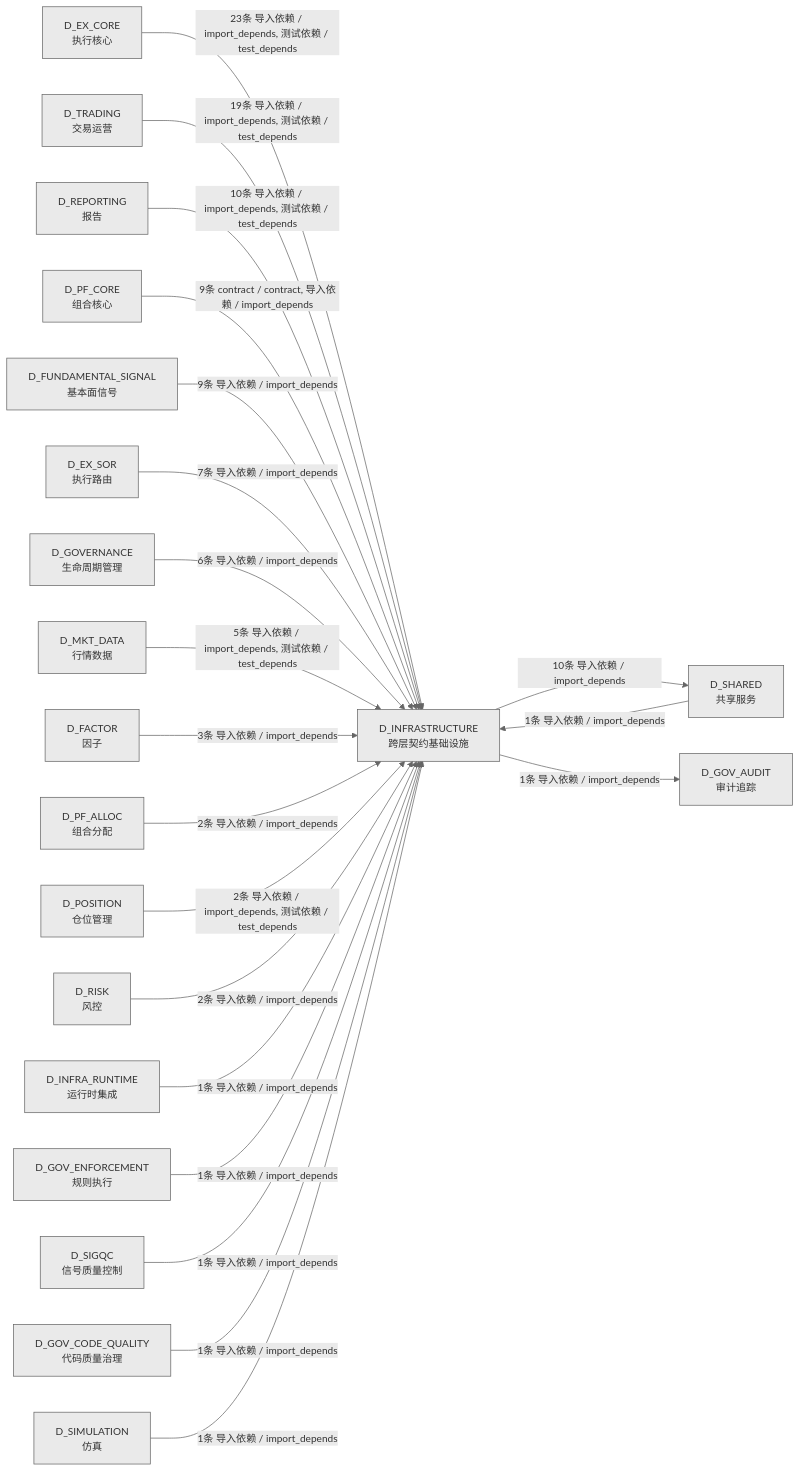
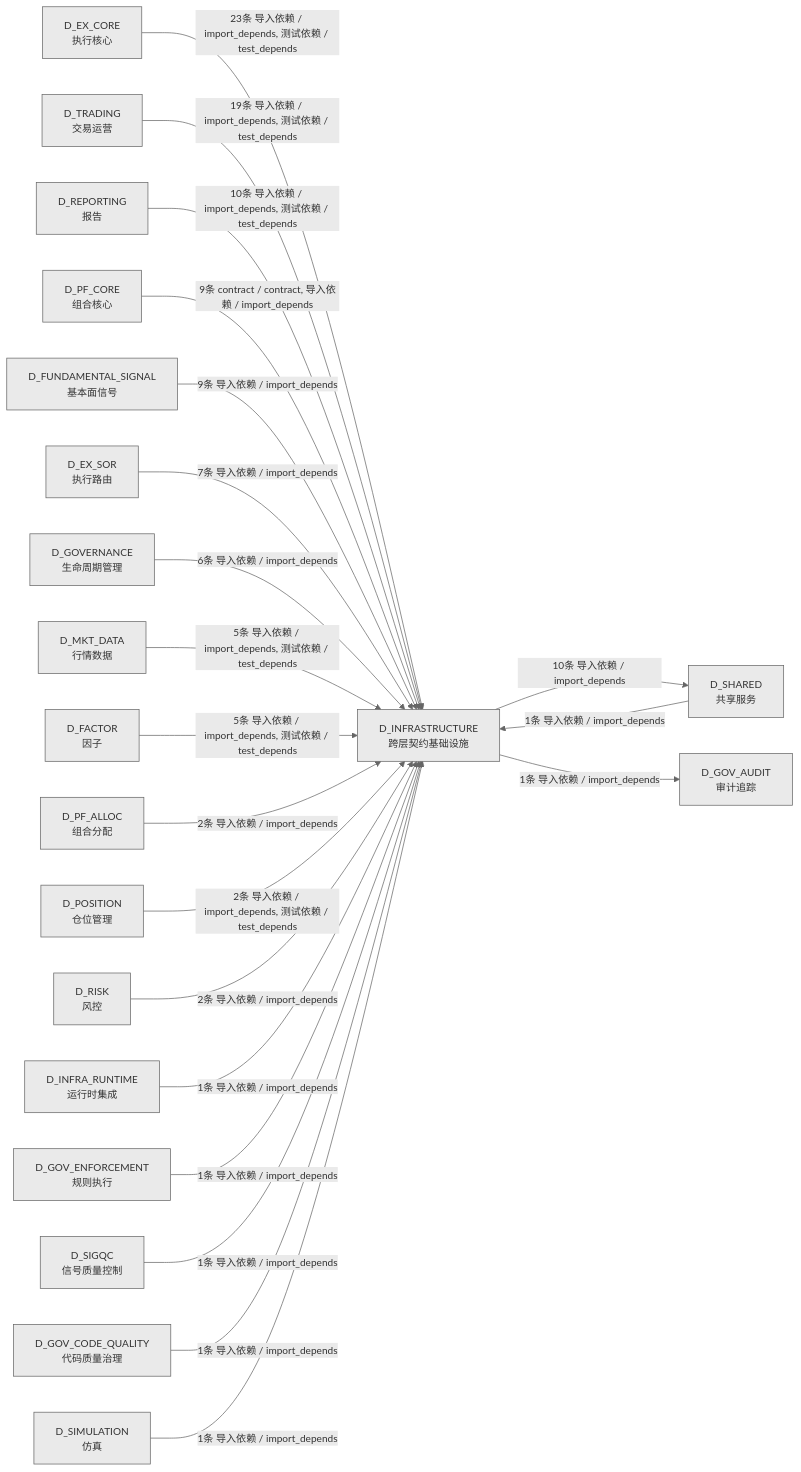
One commit to xuanFelixVan/ZephyrAlpha changed the third of 3 diagrams in docs/02_enterprise_architecture/02_domain_architecture_docs/02_d_infrastructure.md. Above: the diagram before and after it, drawn with Mermaid. The commit also changed other lines of this file and 42 other files, not shown here.

````diff
--- a/docs/02_enterprise_architecture/02_domain_architecture_docs/02_d_infrastructure.md
+++ b/docs/02_enterprise_architecture/02_domain_architecture_docs/02_d_infrastructure.md
@@ -352,44 +355,44 @@
 ```mermaid
 %%{init: {'theme': 'base', 'themeVariables': {'primaryColor': '#eaeaea', 'primaryTextColor': '#333333', 'primaryBorderColor': '#666666', 'lineColor': '#666666', 'secondaryColor': '#eaeaea', 'tertiaryColor': '#eaeaea', 'fontSize': '14px'}}}%%
 graph LR
     D_INFRASTRUCTURE["D_INFRASTRUCTURE<br/>跨层契约基础设施"]
     D_SHARED["D_SHARED<br/>共享服务"]
     D_GOV_AUDIT["D_GOV_AUDIT<br/>审计追踪"]
     D_EX_CORE["D_EX_CORE<br/>执行核心"]
     D_TRADING["D_TRADING<br/>交易运营"]
     D_REPORTING["D_REPORTING<br/>报告"]
     D_PF_CORE["D_PF_CORE<br/>组合核心"]
     D_FUNDAMENTAL_SIGNAL["D_FUNDAMENTAL_SIGNAL<br/>基本面信号"]
     D_EX_SOR["D_EX_SOR<br/>执行路由"]
     D_GOVERNANCE["D_GOVERNANCE<br/>生命周期管理"]
     D_MKT_DATA["D_MKT_DATA<br/>行情数据"]
     D_FACTOR["D_FACTOR<br/>因子"]
     D_PF_ALLOC["D_PF_ALLOC<br/>组合分配"]
     D_POSITION["D_POSITION<br/>仓位管理"]
     D_RISK["D_RISK<br/>风控"]
     D_INFRA_RUNTIME["D_INFRA_RUNTIME<br/>运行时集成"]
     D_GOV_ENFORCEMENT["D_GOV_ENFORCEMENT<br/>规则执行"]
     D_SIGQC["D_SIGQC<br/>信号质量控制"]
     D_GOV_CODE_QUALITY["D_GOV_CODE_QUALITY<br/>代码质量治理"]
     D_SIMULATION["D_SIMULATION<br/>仿真"]
     D_INFRASTRUCTURE -->|10条 导入依赖 / import_depends| D_SHARED
     D_INFRASTRUCTURE -->|1条 导入依赖 / import_depends| D_GOV_AUDIT
     D_EX_CORE -->|23条 导入依赖 / import_depends, 测试依赖 / test_depends| D_INFRASTRUCTURE
     D_TRADING -->|19条 导入依赖 / import_depends, 测试依赖 / test_depends| D_INFRASTRUCTURE
     D_REPORTING -->|10条 导入依赖 / import_depends, 测试依赖 / test_depends| D_INFRASTRUCTURE
     D_PF_CORE -->|9条 contract / contract, 导入依赖 / import_depends| D_INFRASTRUCTURE
     D_FUNDAMENTAL_SIGNAL -->|9条 导入依赖 / import_depends| D_INFRASTRUCTURE
     D_EX_SOR -->|7条 导入依赖 / import_depends| D_INFRASTRUCTURE
     D_GOVERNANCE -->|6条 导入依赖 / import_depends| D_INFRASTRUCTURE
     D_MKT_DATA -->|5条 导入依赖 / import_depends, 测试依赖 / test_depends| D_INFRASTRUCTURE
-    D_FACTOR -->|3条 导入依赖 / import_depends| D_INFRASTRUCTURE
+    D_FACTOR -->|5条 导入依赖 / import_depends, 测试依赖 / test_depends| D_INFRASTRUCTURE
     D_PF_ALLOC -->|2条 导入依赖 / import_depends| D_INFRASTRUCTURE
     D_POSITION -->|2条 导入依赖 / import_depends, 测试依赖 / test_depends| D_INFRASTRUCTURE
     D_RISK -->|2条 导入依赖 / import_depends| D_INFRASTRUCTURE
     D_INFRA_RUNTIME -->|1条 导入依赖 / import_depends| D_INFRASTRUCTURE
     D_GOV_ENFORCEMENT -->|1条 导入依赖 / import_depends| D_INFRASTRUCTURE
     D_SHARED -->|1条 导入依赖 / import_depends| D_INFRASTRUCTURE
     D_SIGQC -->|1条 导入依赖 / import_depends| D_INFRASTRUCTURE
     D_GOV_CODE_QUALITY -->|1条 导入依赖 / import_depends| D_INFRASTRUCTURE
     D_SIMULATION -->|1条 导入依赖 / import_depends| D_INFRASTRUCTURE
 ```
````
